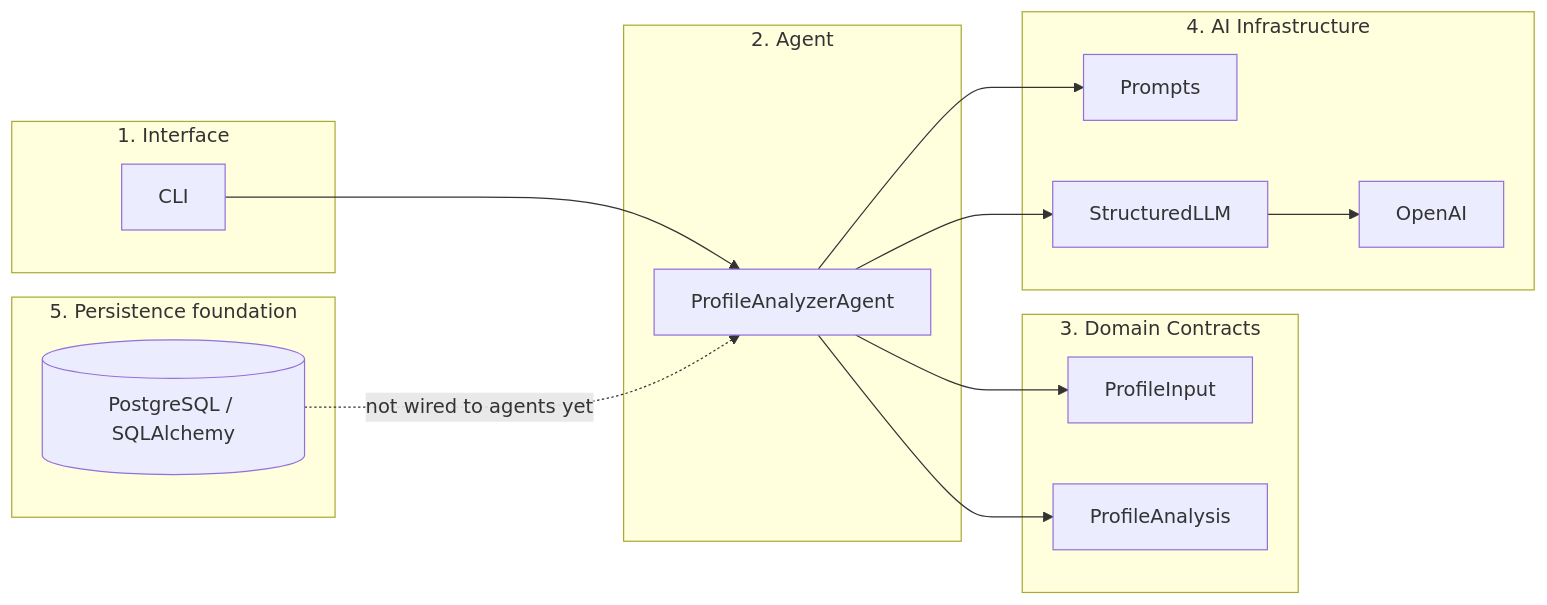
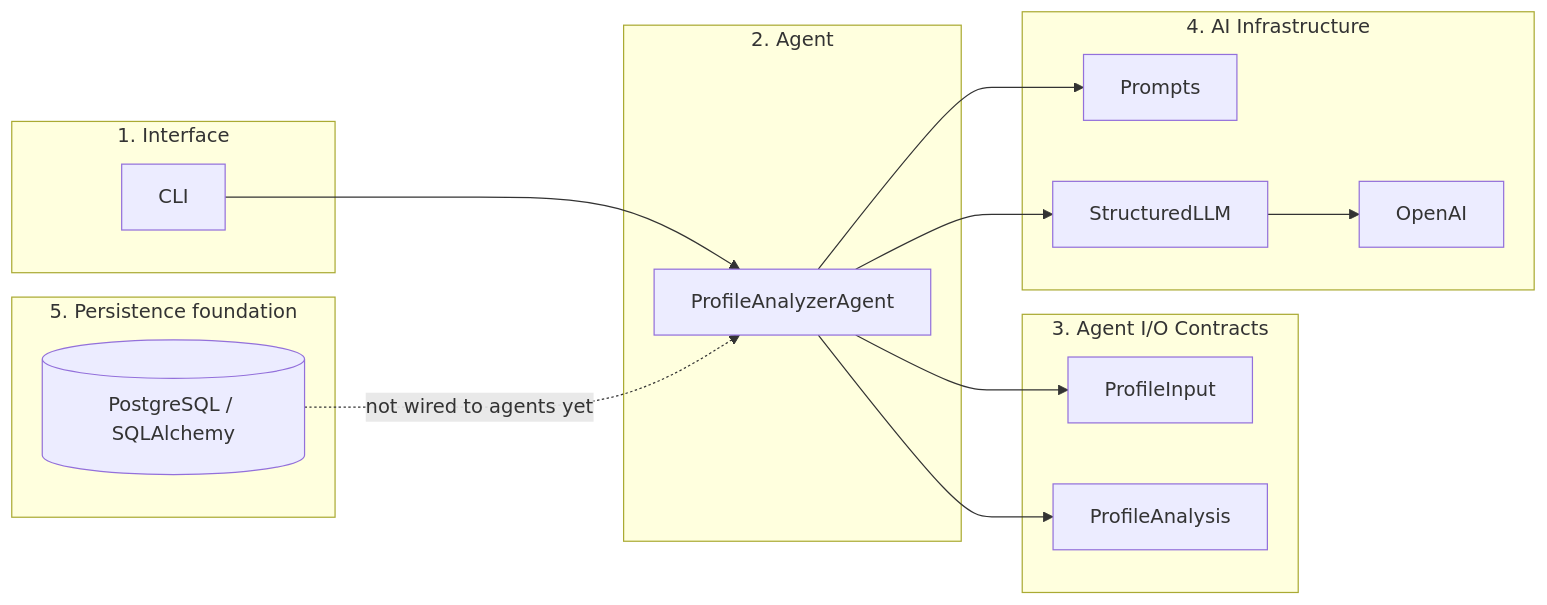
The fourth of 5 diagrams in docs/architecture/overview.md (shira-ozana/career-ai), drawn with Mermaid before and after one commit. The commit also changed other lines of this file and 22 other files, not shown here.

````diff
--- a/docs/architecture/overview.md
+++ b/docs/architecture/overview.md
@@ -180,33 +179,33 @@
 ```mermaid
 flowchart LR
     subgraph L1["1. Interface"]
         CLI[CLI]
     end
 
     subgraph L2["2. Agent"]
         PA[ProfileAnalyzerAgent]
     end
 
-    subgraph L3["3. Domain Contracts"]
+    subgraph L3["3. Agent I/O Contracts"]
         PI[ProfileInput]
         PO[ProfileAnalysis]
     end
 
     subgraph L4["4. AI Infrastructure"]
         PR[Prompts]
         SL[StructuredLLM]
         OA[OpenAI]
     end
 
     subgraph L5["5. Persistence foundation"]
         DB[(PostgreSQL / SQLAlchemy)]
     end
 
     CLI --> PA
     PA --> PI
     PA --> PO
     PA --> PR
     PA --> SL
     SL --> OA
     DB -.->|not wired to agents yet| PA
 ```
````
